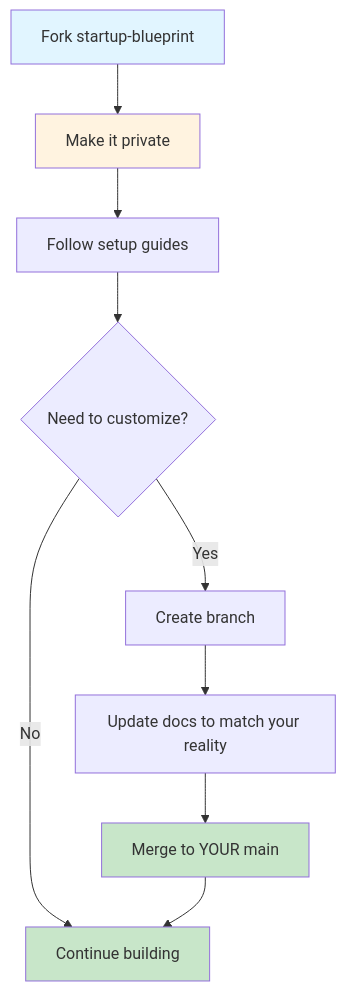
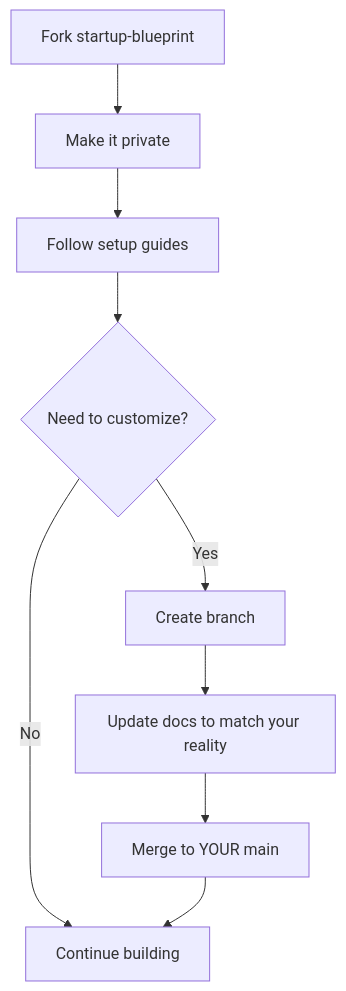
Before and after one commit to borealBytes/startup-blueprint: the second of 4 diagrams in README.md, drawn with Mermaid. The commit also changed other lines of this file, not shown here.

First line of the commit message:
refactor(docs): apply Mermaid style guide to README diagrams

````diff
--- a/README.md
+++ b/README.md
@@ -90,16 +86,14 @@
 ```mermaid
-graph TD
-    A["Fork startup-blueprint"] --> B["Make it private"]
-    B --> C["Follow setup guides"]
-    C --> D{"Need to customize?"}
-    D -->|Yes| E["Create branch"]
-    E --> F["Update docs to match your reality"]
-    F --> G["Merge to YOUR main"]
-    D -->|No| H["Continue building"]
-    G --> H
+flowchart TD
+    accTitle: Private Fork Workflow
+    accDescr: Process for forking this repo privately and customizing it for your own business while maintaining your own main branch
 
-    style A fill:#e1f5ff
-    style B fill:#fff3e0
-    style G fill:#c8e6c9
-    style H fill:#c8e6c9
+    fork_repo[Fork startup-blueprint] --> make_private[Make it private]
+    make_private --> follow_guides[Follow setup guides]
+    follow_guides --> need_customize{Need to customize?}
+    need_customize -->|Yes| create_branch[Create branch]
+    create_branch --> update_docs[Update docs to match your reality]
+    update_docs --> merge_main[Merge to YOUR main]
+    need_customize -->|No| continue_building[Continue building]
+    merge_main --> continue_building
 ```
````
